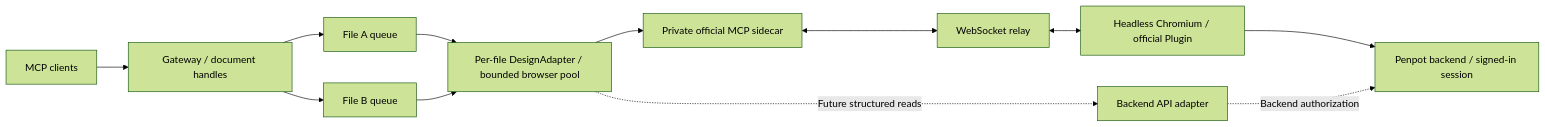
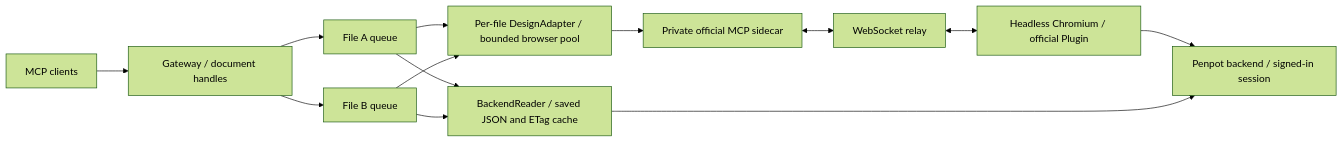
One commit to Ti-wb/penpot-better-mcp changed the diagram in docs/architecture.md. Above: the diagram before and after it, drawn with Mermaid (forest theme). The commit also changed other lines of this file and 20 other files, not shown here.

Commit message:
feat: add browserless saved-document reads

````diff
--- a/docs/architecture.md
+++ b/docs/architecture.md
@@ -5,14 +5,15 @@
 ```mermaid
 flowchart LR
   C[MCP clients] --> G[Gateway / document handles]
   G --> Q1[File A queue]
   G --> Q2[File B queue]
   Q1 --> A[Per-file DesignAdapter / bounded browser pool]
   Q2 --> A
   A --> U[Private official MCP sidecar]
   U <--> R[WebSocket relay]
   R <--> P[Headless Chromium / official Plugin]
   P --> B[Penpot backend / signed-in session]
-  A -. Future structured reads .-> D[Backend API adapter]
-  D -. Backend authorization .-> B
+  Q1 --> D[BackendReader / saved JSON and ETag cache]
+  Q2 --> D
+  D --> B
 ```
````
